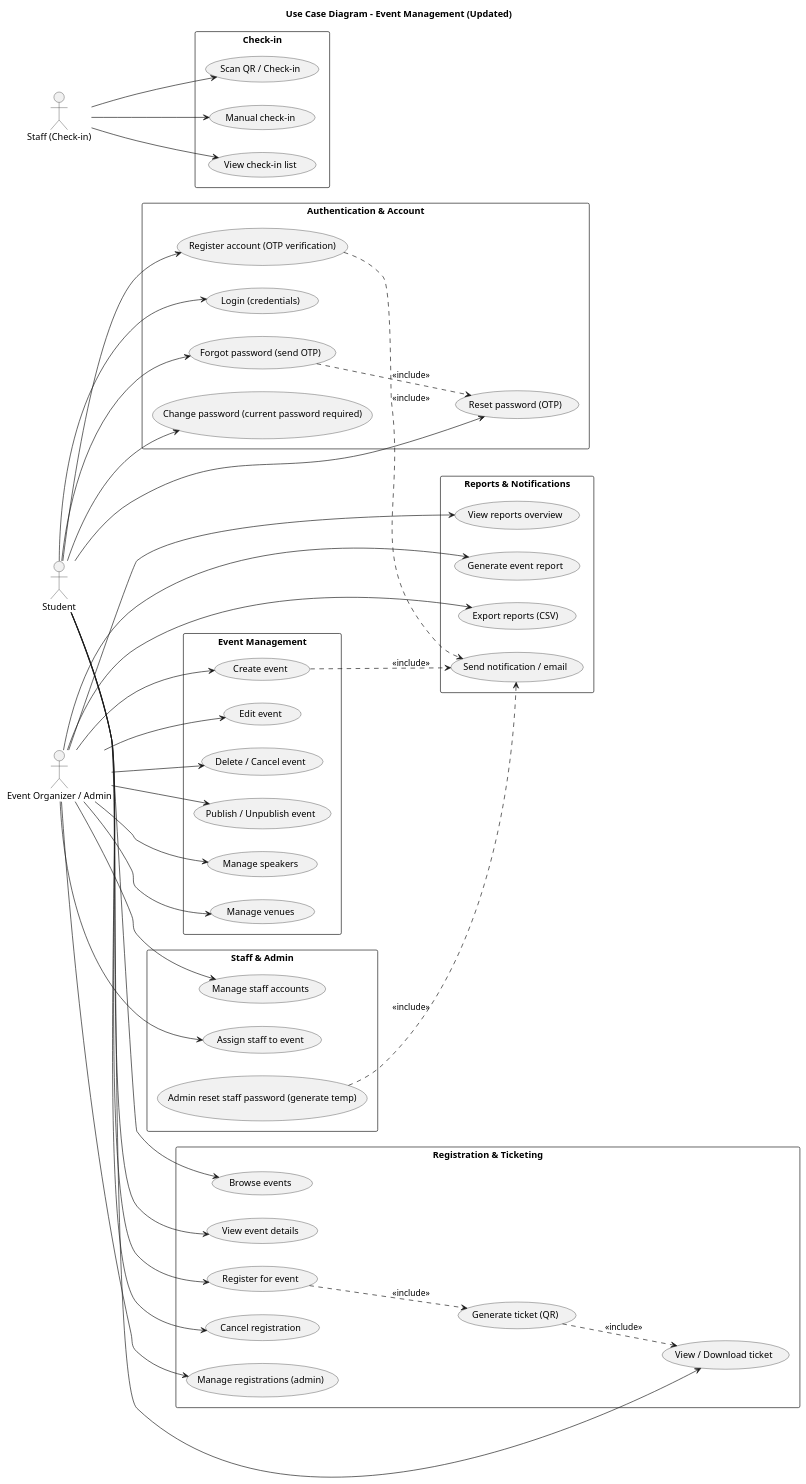
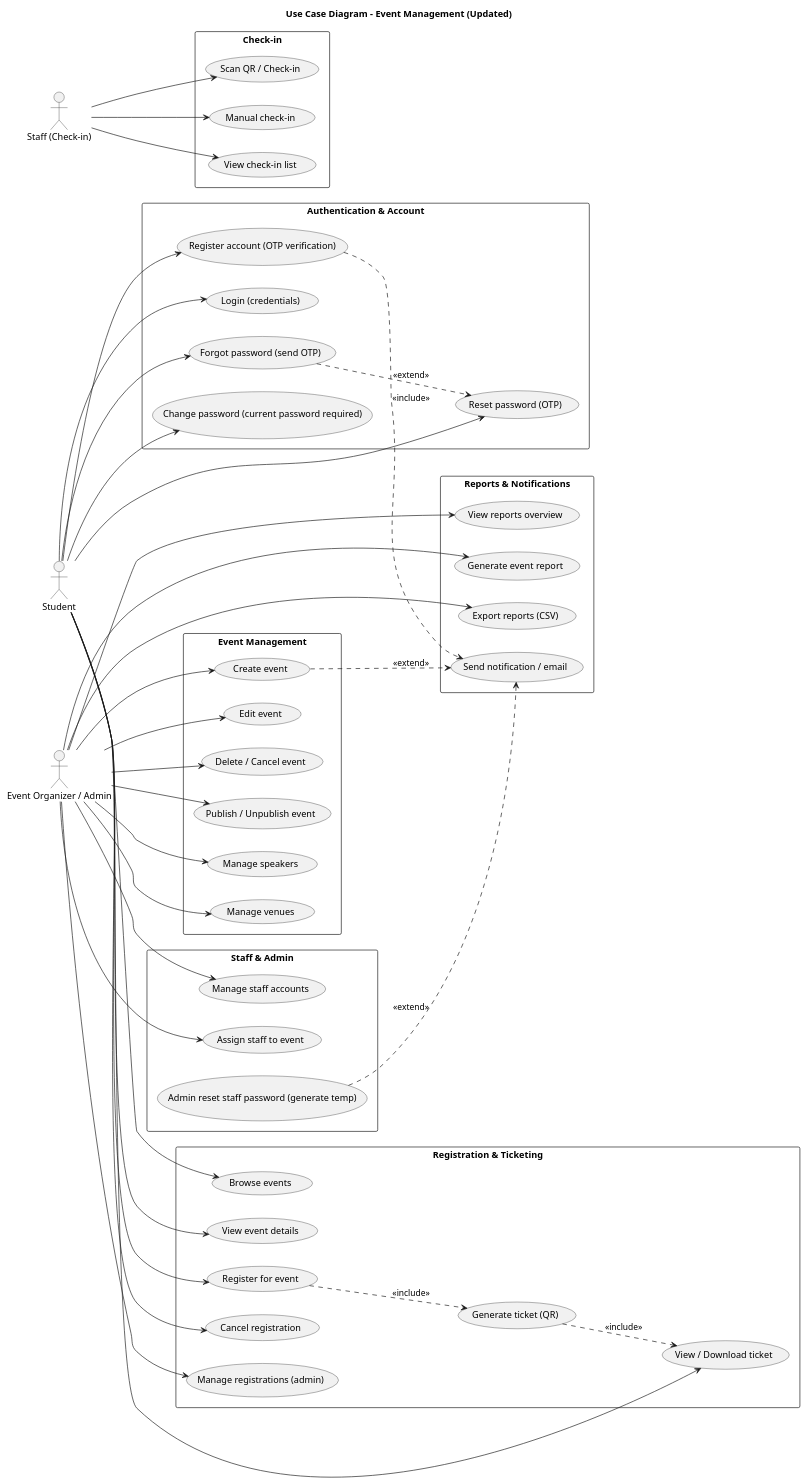
One commit to thaitranqq/Event_Management changed the diagram in DOCUMENTATION/diagrams/usecases_updated.puml. Above: the diagram before and after it, drawn with PlantUML. The commit also changed 39 other files, not shown here.

```diff
--- a/DOCUMENTATION/diagrams/usecases_updated.puml
+++ b/DOCUMENTATION/diagrams/usecases_updated.puml
@@ -1,95 +1,95 @@
 @startuml
 left to right direction
 skinparam handwritten false
 title Use Case Diagram - Event Management (Updated)
 
 actor "Student" as Student
 actor "Event Organizer / Admin" as Organizer
 actor "Staff (Check-in)" as Staff
 
 rectangle "Authentication & Account" {
   usecase "Register account (OTP verification)" as UC_Register
   usecase "Login (credentials)" as UC_Login
   usecase "Forgot password (send OTP)" as UC_Forgot
   usecase "Reset password (OTP)" as UC_Reset
   usecase "Change password (current password required)" as UC_Change
 }
 
 rectangle "Event Management" {
   usecase "Create event" as UC_CreateEvent
   usecase "Edit event" as UC_EditEvent
   usecase "Delete / Cancel event" as UC_DeleteEvent
   usecase "Publish / Unpublish event" as UC_PublishEvent
   usecase "Manage speakers" as UC_ManageSpeakers
   usecase "Manage venues" as UC_ManageVenues
 }
 
 rectangle "Registration & Ticketing" {
   usecase "Browse events" as UC_Browse
   usecase "View event details" as UC_ViewEvent
   usecase "Register for event" as UC_RegisterEvent
   usecase "Generate ticket (QR)" as UC_GenerateTicket
   usecase "View / Download ticket" as UC_ViewTicket
   usecase "Cancel registration" as UC_CancelRegistration
   usecase "Manage registrations (admin)" as UC_ManageRegistrations
 }
 
 rectangle "Check-in" {
   usecase "Scan QR / Check-in" as UC_CheckinQR
   usecase "Manual check-in" as UC_CheckinManual
   usecase "View check-in list" as UC_ViewCheckins
 }
 
 rectangle "Staff & Admin" {
   usecase "Manage staff accounts" as UC_ManageStaff
   usecase "Assign staff to event" as UC_AssignStaff
   usecase "Admin reset staff password (generate temp)" as UC_AdminResetStaff
 }
 
 rectangle "Reports & Notifications" {
   usecase "View reports overview" as UC_Reports
   usecase "Generate event report" as UC_GenerateReport
   usecase "Export reports (CSV)" as UC_Export
   usecase "Send notification / email" as UC_Notify
 }
 
 ' Actor relationships
 Student --> UC_Register
 Student --> UC_Login
 Student --> UC_Forgot
 Student --> UC_Reset
 Student --> UC_Change
 Student --> UC_Browse
 Student --> UC_ViewEvent
 Student --> UC_RegisterEvent
 Student --> UC_ViewTicket
 Student --> UC_CancelRegistration
 
 Organizer --> UC_CreateEvent
 Organizer --> UC_EditEvent
 Organizer --> UC_DeleteEvent
 Organizer --> UC_PublishEvent
 Organizer --> UC_ManageSpeakers
 Organizer --> UC_ManageVenues
 Organizer --> UC_ManageRegistrations
 Organizer --> UC_ManageStaff
 Organizer --> UC_AssignStaff
 Organizer --> UC_Reports
 Organizer --> UC_GenerateReport
 Organizer --> UC_Export
 
 Staff --> UC_CheckinQR
 Staff --> UC_CheckinManual
 Staff --> UC_ViewCheckins
 
 ' Include / extend relationships
 UC_RegisterEvent ..> UC_GenerateTicket : <<include>>
 UC_GenerateTicket ..> UC_ViewTicket : <<include>>
-UC_Forgot ..> UC_Reset : <<include>>
-UC_AdminResetStaff ..> UC_Notify : <<include>>
+UC_Forgot ..> UC_Reset : <<extend>>
+UC_AdminResetStaff ..> UC_Notify : <<extend>>
 UC_Register ..> UC_Notify : <<include>>
-UC_CreateEvent ..> UC_Notify : <<include>>
+UC_CreateEvent ..> UC_Notify : <<extend>>
 
  ' notes removed per request
 
 @enduml
```
